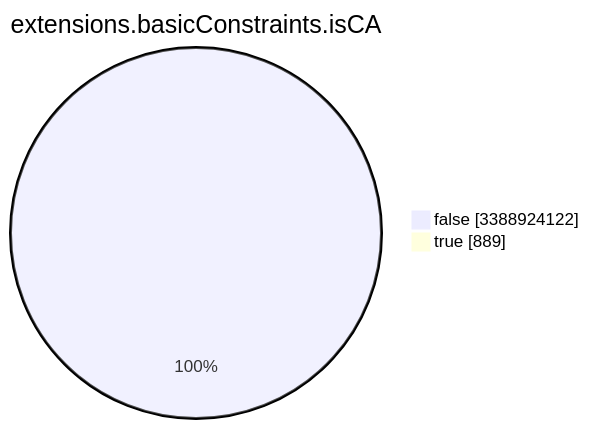
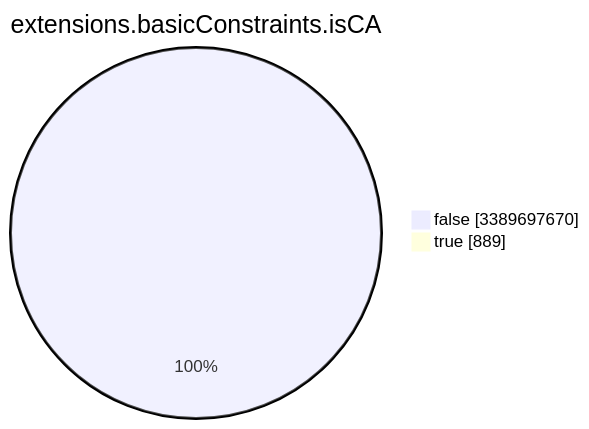
Before and after one commit to christiankrug/ctmonitor_visualization: the seventh of 15 diagrams in TOTAL/README.md, drawn with Mermaid. The commit also changed other lines of this file, not shown here.

````diff
--- a/TOTAL/README.md
+++ b/TOTAL/README.md
@@ -3090,6 +3090,6 @@
 ```mermaid
 pie showData
 title extensions.basicConstraints.isCA
-"false" :3388924122
+"false" :3389697670
 "true" :889
 ```
````
